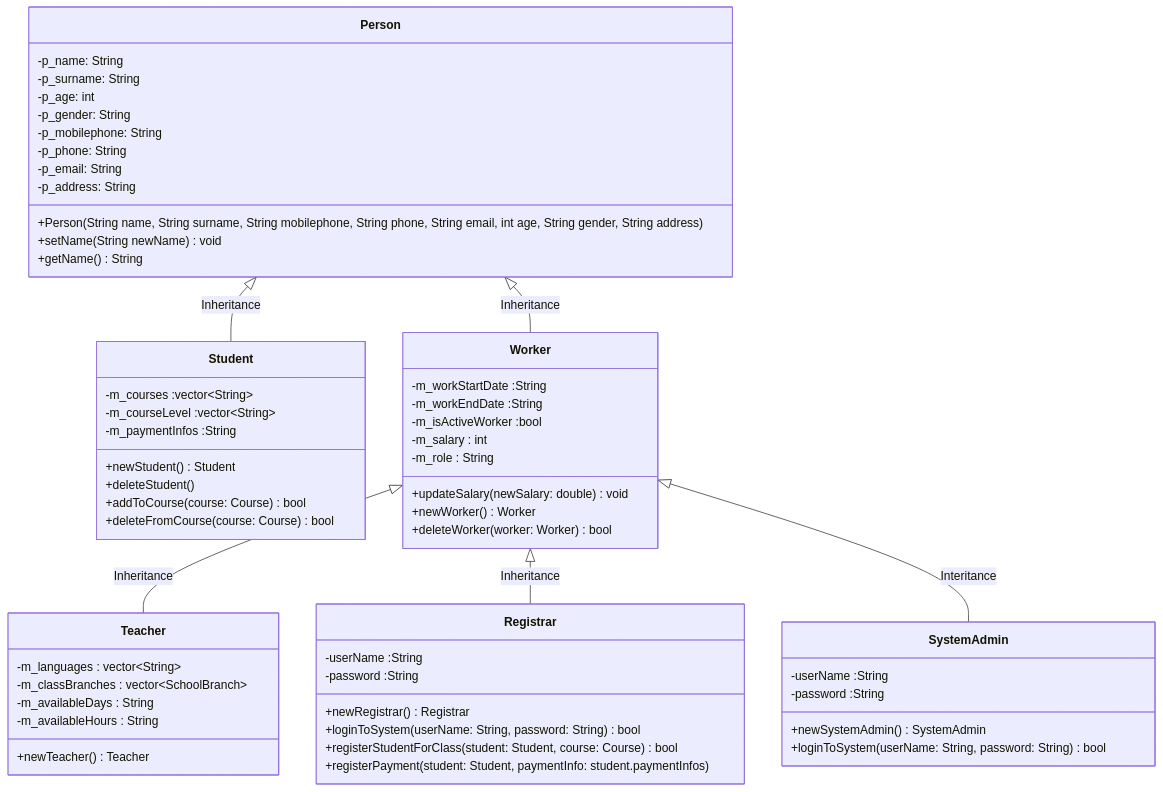
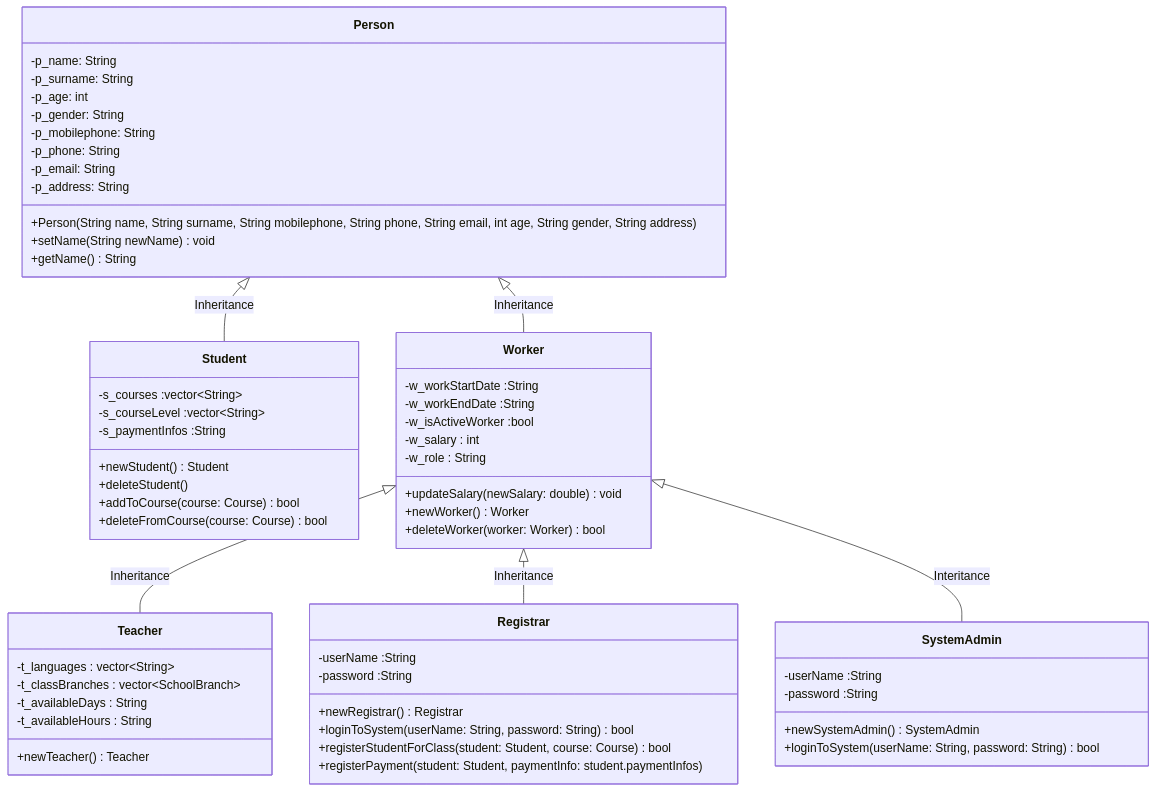
The second of 4 diagrams in 03-Project/01-ClassDiagram/UML_Diag.md (ondergormez/BLM3722_Software_Engineering), drawn with Mermaid before and after one commit. The commit also changed other lines of this file and 10 other files, not shown here.

````diff
--- a/03-Project/01-ClassDiagram/UML_Diag.md
+++ b/03-Project/01-ClassDiagram/UML_Diag.md
@@ -61,70 +61,70 @@
 ```mermaid
 classDiagram
     Person <|-- Student : Inheritance
     Person <|-- Worker : Inheritance
     Worker <|-- Teacher : Inheritance
     Worker <|-- Registrar : Inheritance
     Worker <|-- SystemAdmin: Interitance
 
     class Person{
     -p_name: String
     -p_surname: String
     -p_age: int
     -p_gender: String
     -p_mobilephone: String
     -p_phone: String
     -p_email: String
     -p_address: String
     +Person(String name, String surname, String mobilephone, String phone, String email, int age, String gender, String address)
     +setName(String newName) void
     +getName() String
     }
 
 
     class Student{
-      -m_courses :vector~String~ 
-      -m_courseLevel :vector~String~ 
-      -m_paymentInfos :String 
+      -s_courses :vector~String~ 
+      -s_courseLevel :vector~String~ 
+      -s_paymentInfos :String 
       +newStudent() Student
       +deleteStudent()
       +addToCourse(course: Course) bool
       +deleteFromCourse(course: Course) bool
     }
 
     class Worker{
-      -m_workStartDate :String 
-      -m_workEndDate :String 
-      -m_isActiveWorker :bool 
-      -m_salary : int 
-      -m_role : String
+      -w_workStartDate :String 
+      -w_workEndDate :String 
+      -w_isActiveWorker :bool 
+      -w_salary : int 
+      -w_role : String
       +updateSalary(newSalary: double) void
       +newWorker() Worker
       +deleteWorker(worker: Worker) bool
     }
     
     class Teacher{
-      -m_languages : vector~String~ 
-      -m_classBranches : vector~SchoolBranch~ 
-      -m_availableDays : String 
-      -m_availableHours : String 
+      -t_languages : vector~String~ 
+      -t_classBranches : vector~SchoolBranch~ 
+      -t_availableDays : String 
+      -t_availableHours : String 
       +newTeacher()  Teacher
     }
 
     class Registrar{
       -userName :String
       -password :String
       +newRegistrar() Registrar
       +loginToSystem(userName: String, password: String) bool
       +registerStudentForClass(student: Student, course: Course) bool 
       +registerPayment(student: Student, paymentInfo: student.paymentInfos)
     }
 
     class SystemAdmin{
       -userName :String
       -password :String
       +newSystemAdmin() SystemAdmin
       +loginToSystem(userName: String, password: String) bool
     }
 
 
 ```
````
